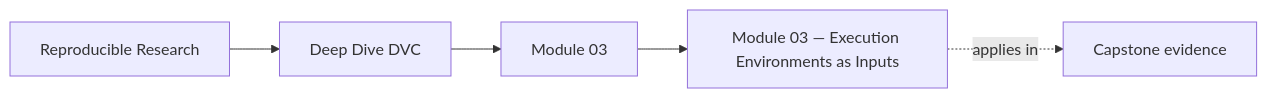
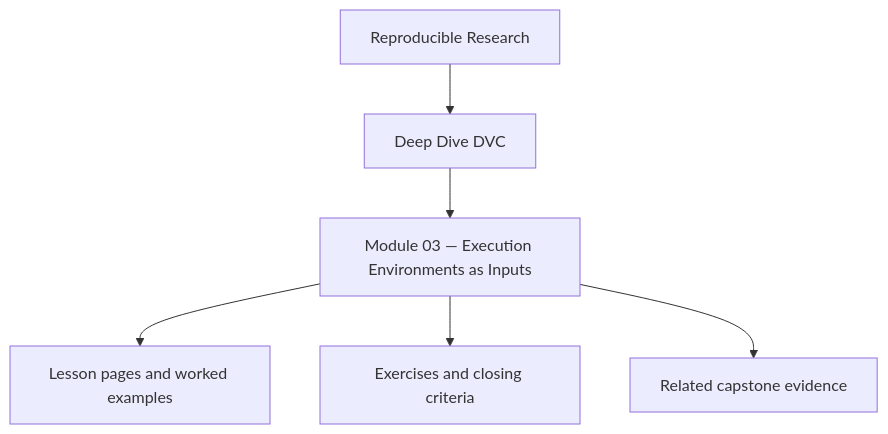
One commit to bijux/bijux-masterclass changed the first of 3 diagrams in programs/reproducible-research/deep-dive-dvc/course-book/module-03-execution-environments-as-inputs/index.md. Above: the diagram before and after it, drawn with Mermaid. The commit also changed other lines of this file and 10 other files, not shown here.

Commit message:
docs(deep-dive-dvc): reposition module overview diagrams

````diff
--- a/programs/reproducible-research/deep-dive-dvc/course-book/module-03-execution-environments-as-inputs/index.md
+++ b/programs/reproducible-research/deep-dive-dvc/course-book/module-03-execution-environments-as-inputs/index.md
@@ -7,11 +7,8 @@
 ```mermaid
-graph LR
-  family["Reproducible Research"]
-  program["Deep Dive DVC"]
-  section["Module 03"]
-  page["Module 03 — Execution Environments as Inputs"]
-  capstone["Capstone evidence"]
-
-  family --> program --> section --> page
-  page -.applies in.-> capstone
+flowchart TD
+  family["Reproducible Research"] --> program["Deep Dive DVC"]
+  program --> module["Module 03 — Execution Environments as Inputs"]
+  module --> lessons["Lesson pages and worked examples"]
+  module --> checkpoints["Exercises and closing criteria"]
+  module --> capstone["Related capstone evidence"]
 ```
````
